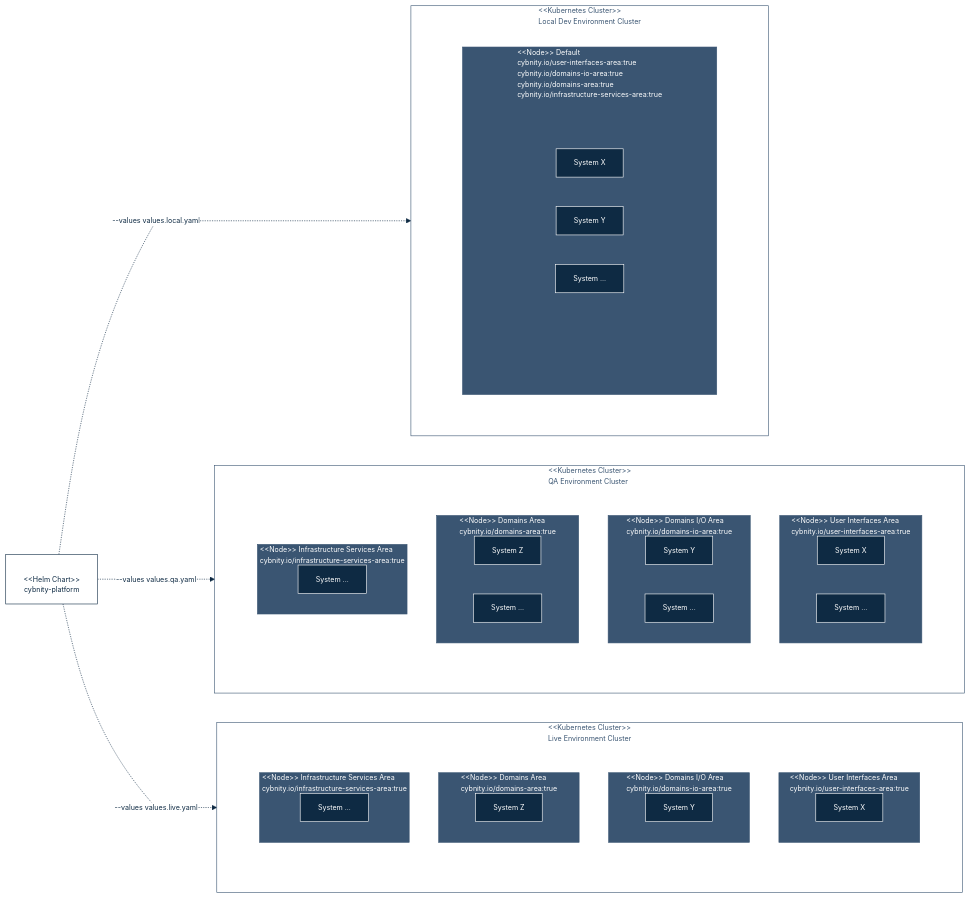
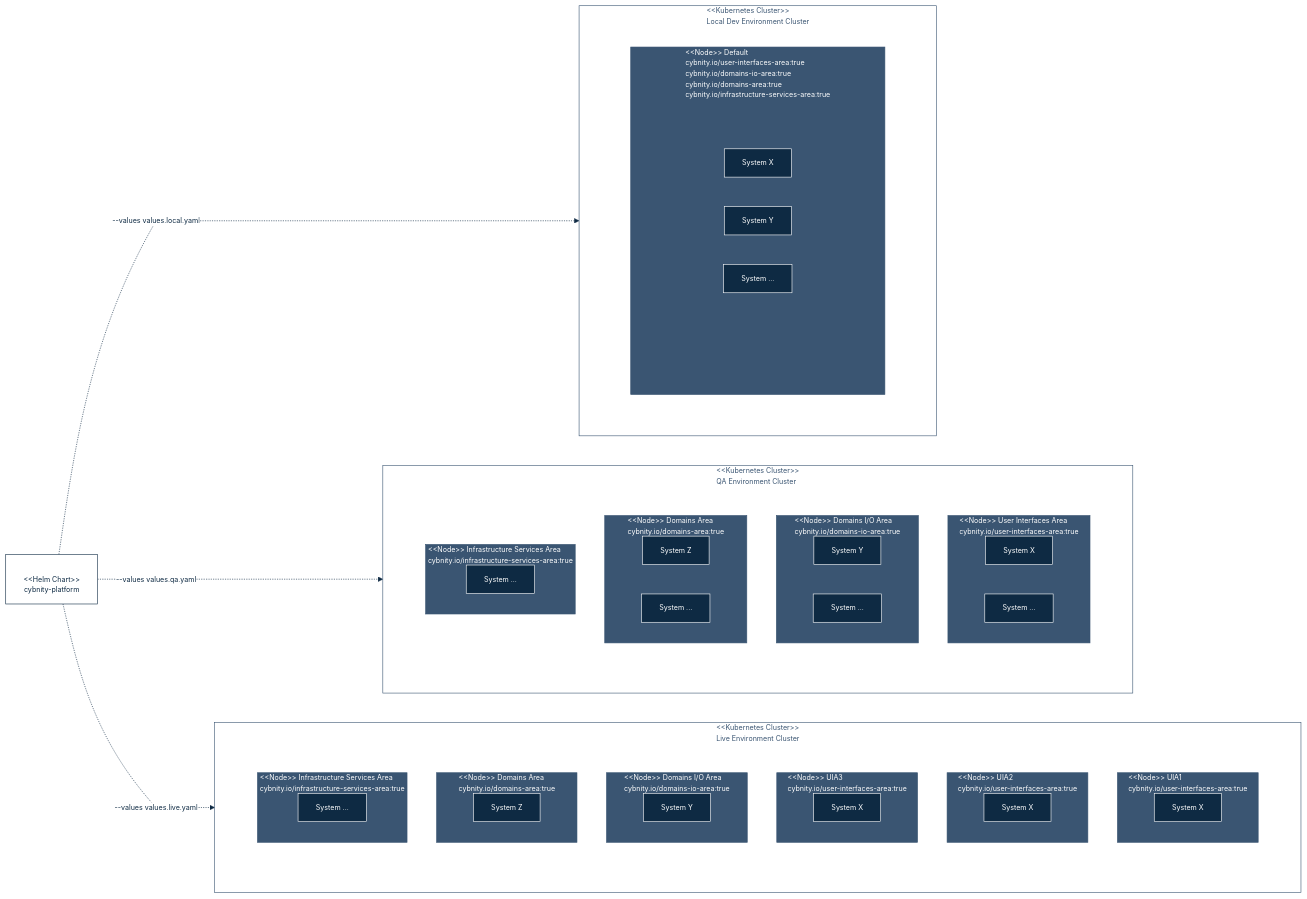
The first of 2 diagrams in cybnity-platform/README.md (doneisgood/iac-helm-charts), drawn with Mermaid before and after one commit.

````diff
--- a/cybnity-platform/README.md
+++ b/cybnity-platform/README.md
@@ -145,9 +145,17 @@
       direction LR
       subgraph layerset3[" "]
          direction TB
-         subgraph ui3[" #60;#60;Node#62;#62; User Interfaces Area \n cybnity.io/user-interfaces-area:true "]
+         subgraph ui3[" #60;#60;Node#62;#62; UIA1 \n cybnity.io/user-interfaces-area:true "]
                direction LR
                systemx3["System X"]
+         end
+         subgraph ui31[" #60;#60;Node#62;#62; UIA2 \n cybnity.io/user-interfaces-area:true "]
+               direction LR
+               systemx31["System X"]
+         end
+         subgraph ui311[" #60;#60;Node#62;#62; UIA3 \n cybnity.io/user-interfaces-area:true "]
+               direction LR
+               systemx311["System X"]
          end
          subgraph dio3[" #60;#60;Node#62;#62; Domains I/O Area \n cybnity.io/domains-io-area:true"]
                direction LR
@@ -173,8 +181,8 @@
   classDef dark fill:#0e2a43, stroke:#fff, color:#fff
   classDef transparent fill:#00000000, stroke:#00000000
   class clusterlocal,clusterqa,clusterprod medium;
-  class is3,da3,dio3,ui3,is2,da2,dio2,ui2,unique1 mediumfill;
-  class systemx,systemy,systemz,systemx2,systemx2next,systemy2,systemy2next,systemz2,systemz2next,systems2,systemx3,systemy3,systemz3,systems3 dark;
+  class is3,da3,dio3,ui3,ui31,ui311,is2,da2,dio2,ui2,unique1 mediumfill;
+  class systemx,systemy,systemz,systemx2,systemx2next,systemy2,systemy2next,systemz2,systemz2next,systems2,systemx3,systemx31,systemx311,systemy3,systemz3,systems3 dark;
   class layercomponents1,layercomponents2 transparent;
 
 ```
````
